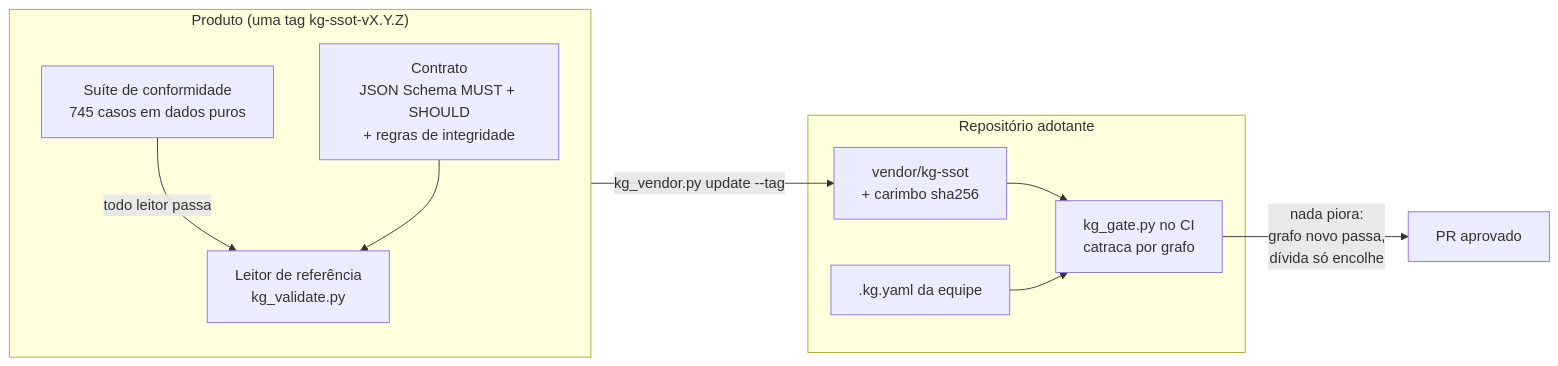
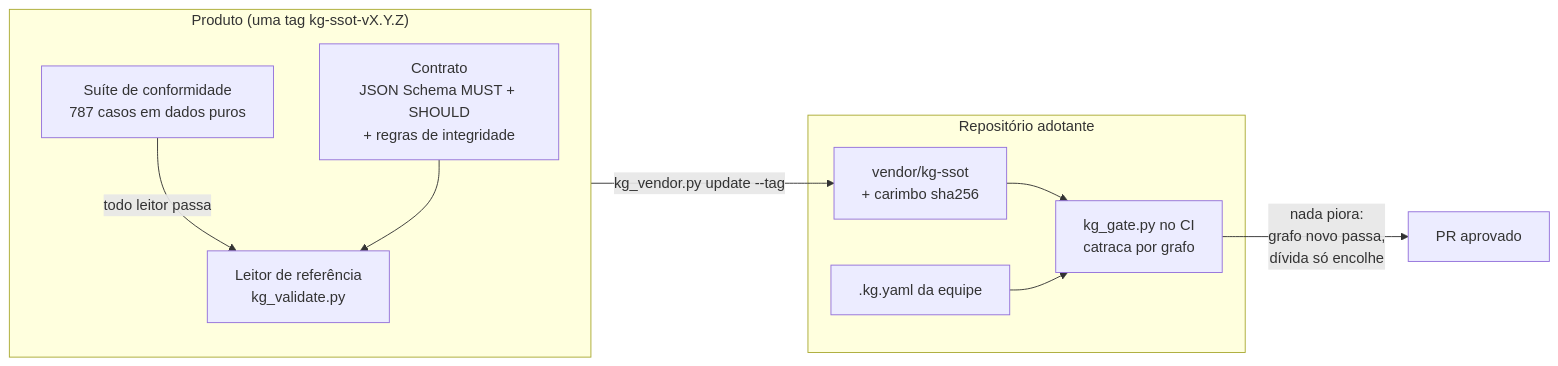
The diagram in README.pt-BR.md (marciocar/kg-ssot), drawn with Mermaid before and after one commit. The commit also changed other lines of this file and 77 other files, not shown here.

````diff
--- a/README.pt-BR.md
+++ b/README.pt-BR.md
@@ -163,19 +163,19 @@
 ```mermaid
 flowchart LR
   subgraph product["Produto (uma tag kg-ssot-vX.Y.Z)"]
     C["Contrato<br/>JSON Schema MUST + SHOULD<br/>+ regras de integridade"]
-    S["Suíte de conformidade<br/>745 casos em dados puros"]
+    S["Suíte de conformidade<br/>787 casos em dados puros"]
     R["Leitor de referência<br/>kg_validate.py"]
     S -- "todo leitor passa" --> R
     C --> R
   end
   subgraph adopter["Repositório adotante"]
     V["vendor/kg-ssot<br/>+ carimbo sha256"]
     G["kg_gate.py no CI<br/>catraca por grafo"]
     K[".kg.yaml da equipe"]
     V --> G
     K --> G
   end
   product -- "kg_vendor.py update --tag" --> V
   G -- "nada piora:<br/>grafo novo passa,<br/>dívida só encolhe" --> PR["PR aprovado"]
 ```
````
